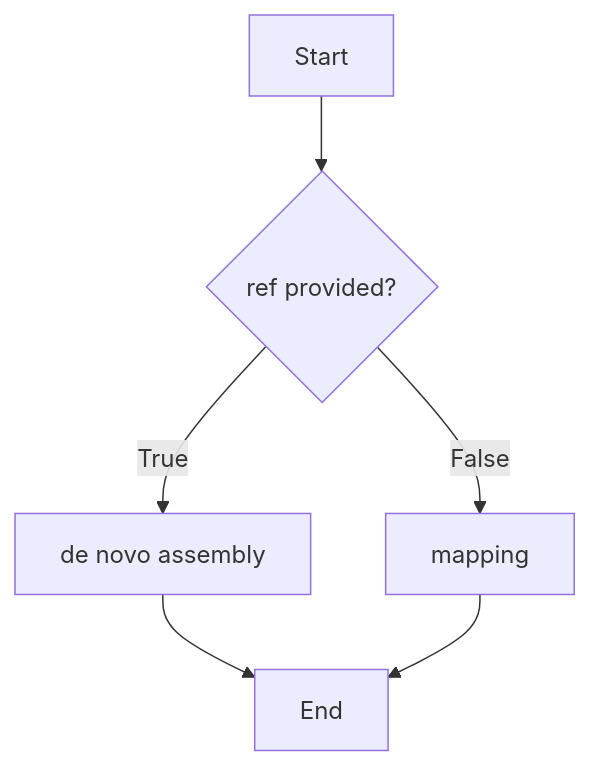
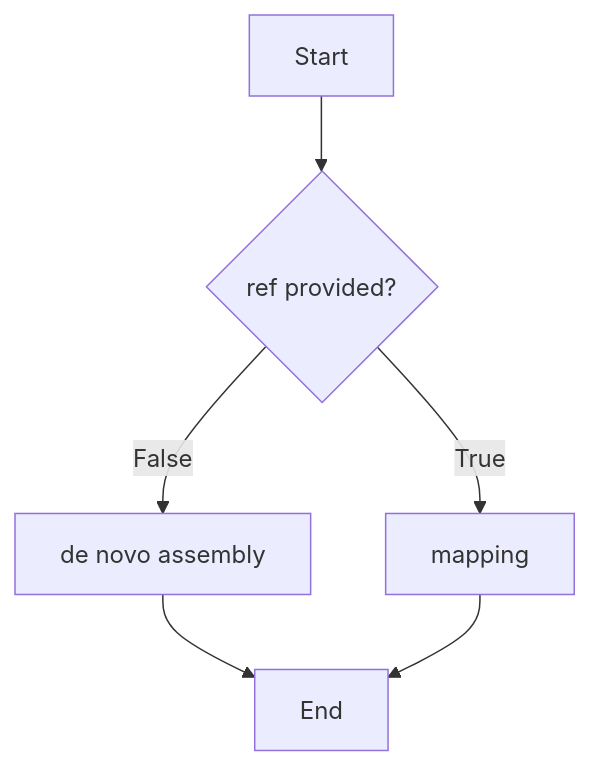
Before and after one commit to propan2one/jeandelmotte.quarto: the second of 4 diagrams in posts/bioinformatics-generation/index.qmd, drawn with Mermaid. The commit also changed 2 other files, not shown here.

Commit message:
fixed: invert F/T on DDE

````diff
--- a/posts/bioinformatics-generation/index.qmd
+++ b/posts/bioinformatics-generation/index.qmd
@@ -104,8 +104,8 @@
 ```{mermaid}
 graph TD
     A[Start] --> B{ref provided?}
-    B -->|True| C[de novo assembly]
-    B -->|False| D[mapping]
+    B -->|False| C[de novo assembly]
+    B -->|True| D[mapping]
     C --> E[End]
     D --> E[End]
 ```
````
